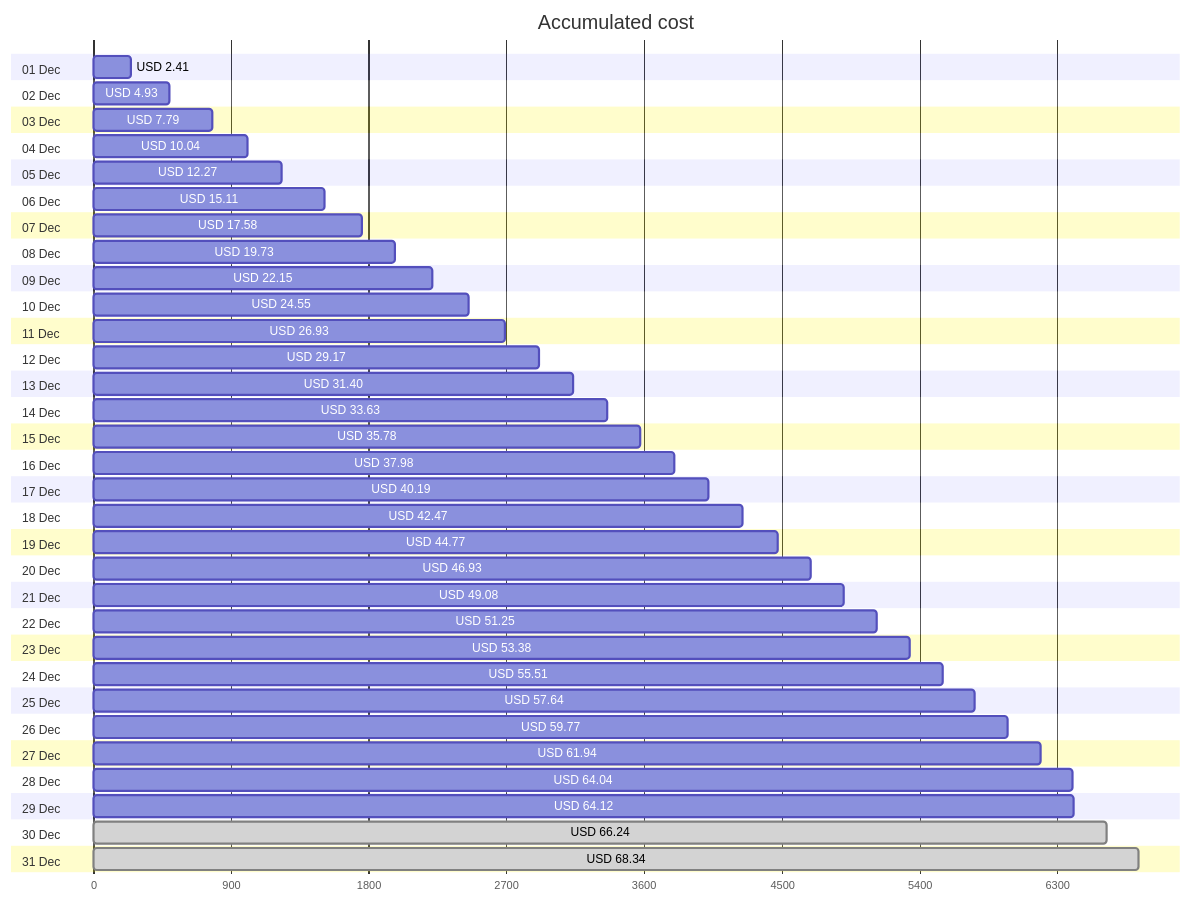
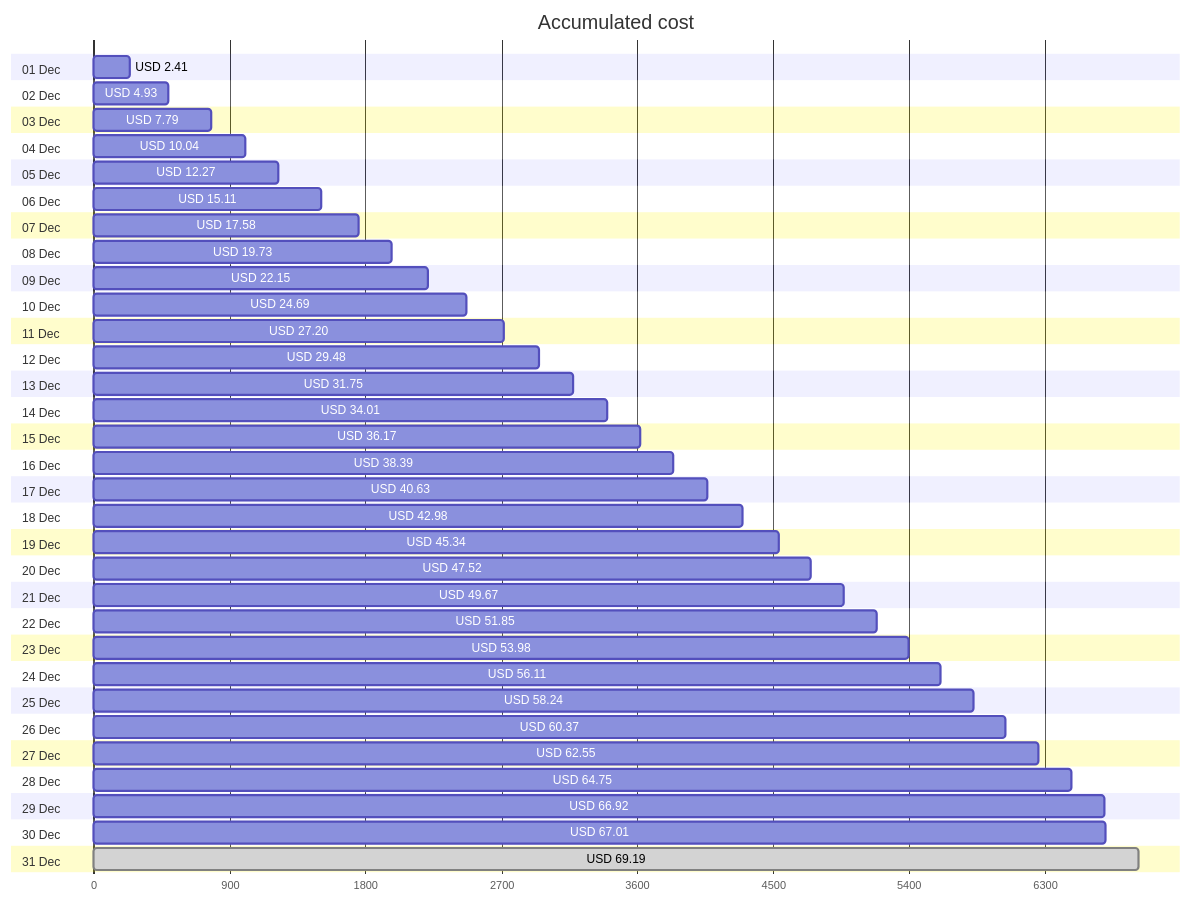
One commit to jpfulton/azure-personal-reports changed the first of 4 diagrams in cost-reports/accumulated-cost.md. Above: the diagram before and after it, drawn with Mermaid. The commit also changed other lines of this file and 4 other files, not shown here.

````diff
--- a/cost-reports/accumulated-cost.md
+++ b/cost-reports/accumulated-cost.md
@@ -20,68 +20,68 @@
 ```mermaid
 gantt
    title Accumulated cost
    dateFormat  X
    axisFormat %s
    section 01 Dec
    USD 2.41 :0, 241
    section 02 Dec
    USD 4.93 :0, 493
    section 03 Dec
    USD 7.79 :0, 779
    section 04 Dec
    USD 10.04 :0, 1004
    section 05 Dec
    USD 12.27 :0, 1227
    section 06 Dec
    USD 15.11 :0, 1511
    section 07 Dec
    USD 17.58 :0, 1758
    section 08 Dec
    USD 19.73 :0, 1973
    section 09 Dec
    USD 22.15 :0, 2215
    section 10 Dec
-   USD 24.55 :0, 2455
+   USD 24.69 :0, 2469
    section 11 Dec
-   USD 26.93 :0, 2693
+   USD 27.20 :0, 2720
    section 12 Dec
-   USD 29.17 :0, 2917
+   USD 29.48 :0, 2948
    section 13 Dec
-   USD 31.40 :0, 3140
+   USD 31.75 :0, 3175
    section 14 Dec
-   USD 33.63 :0, 3363
+   USD 34.01 :0, 3401
    section 15 Dec
-   USD 35.78 :0, 3578
+   USD 36.17 :0, 3617
    section 16 Dec
-   USD 37.98 :0, 3798
+   USD 38.39 :0, 3839
    section 17 Dec
-   USD 40.19 :0, 4019
+   USD 40.63 :0, 4063
    section 18 Dec
-   USD 42.47 :0, 4247
+   USD 42.98 :0, 4298
    section 19 Dec
-   USD 44.77 :0, 4477
+   USD 45.34 :0, 4534
    section 20 Dec
-   USD 46.93 :0, 4693
+   USD 47.52 :0, 4752
    section 21 Dec
-   USD 49.08 :0, 4908
+   USD 49.67 :0, 4967
    section 22 Dec
-   USD 51.25 :0, 5125
+   USD 51.85 :0, 5185
    section 23 Dec
-   USD 53.38 :0, 5338
+   USD 53.98 :0, 5398
    section 24 Dec
-   USD 55.51 :0, 5551
+   USD 56.11 :0, 5611
    section 25 Dec
-   USD 57.64 :0, 5764
+   USD 58.24 :0, 5824
    section 26 Dec
-   USD 59.77 :0, 5977
+   USD 60.37 :0, 6037
    section 27 Dec
-   USD 61.94 :0, 6194
+   USD 62.55 :0, 6255
    section 28 Dec
-   USD 64.04 :0, 6404
+   USD 64.75 :0, 6475
    section 29 Dec
-   USD 64.12 :0, 6412
+   USD 66.92 :0, 6692
    section 30 Dec
-   USD 66.24 : done, 0, 6624
+   USD 67.01 :0, 6701
    section 31 Dec
-   USD 68.34 : done, 0, 6834
+   USD 69.19 : done, 0, 6919
 ```
````
